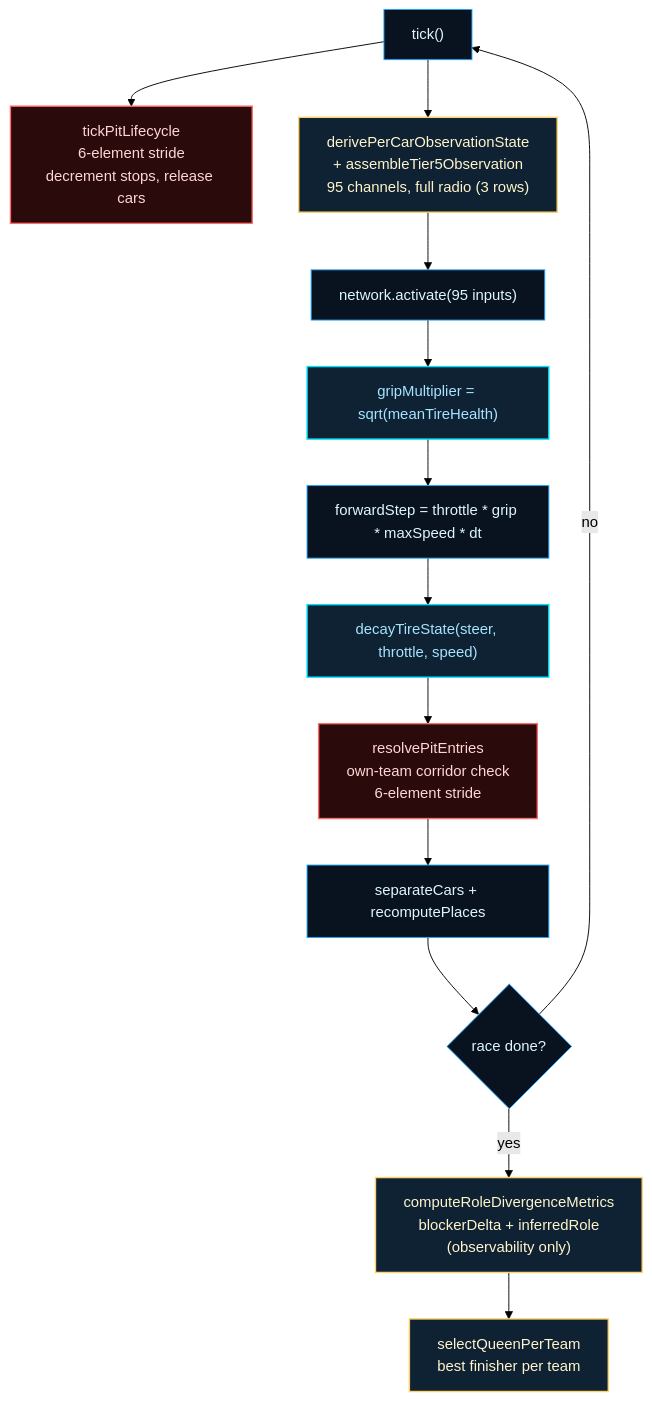
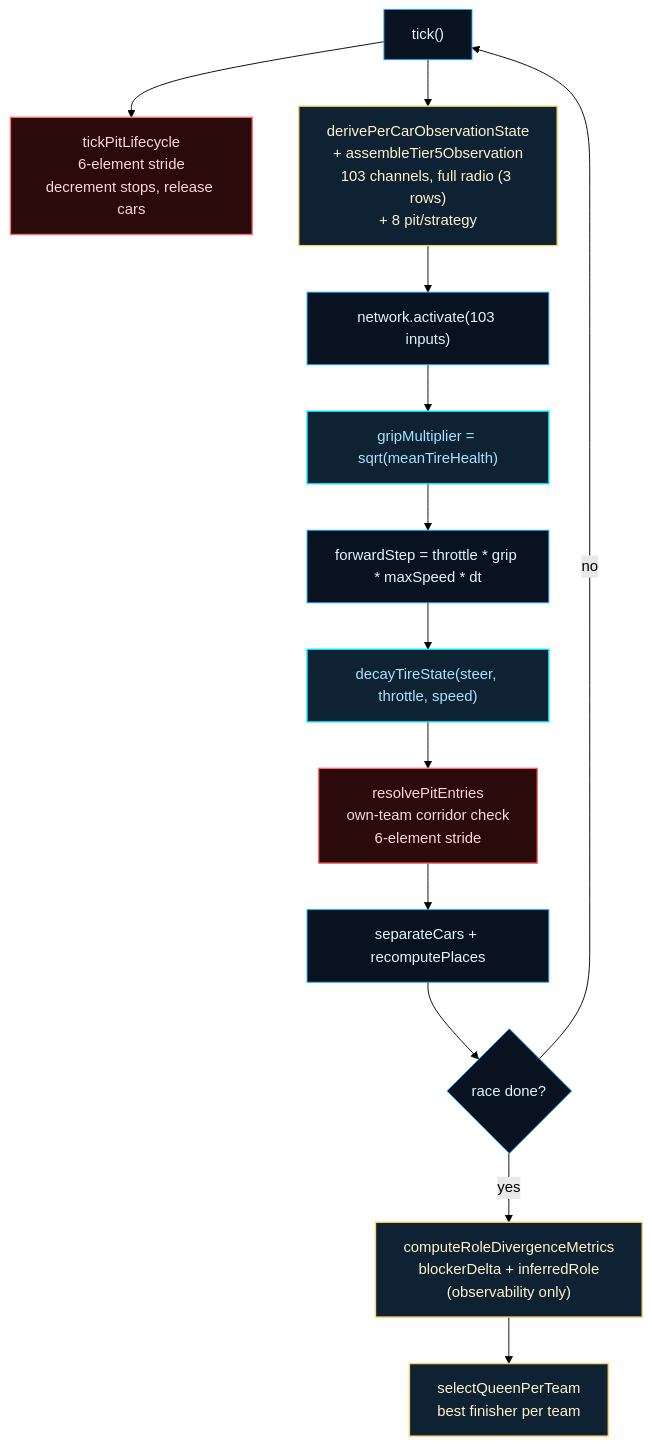
Before and after one commit to reicek/NeatapticTS: diagram 12 of 12 in examples/racing_curriculum/README.md, drawn with Mermaid (forest theme). The commit also changed other lines of this file and 232 other files, not shown here.

````diff
--- a/examples/racing_curriculum/README.md
+++ b/examples/racing_curriculum/README.md
@@ -1391,22 +1413,21 @@
 ```mermaid
 flowchart TD
     classDef base fill:#08131f,stroke:#1ea7ff,color:#dff6ff,stroke-width:1px;
     classDef accent fill:#0f2233,stroke:#ffd166,color:#fff4cc,stroke-width:1.5px;
     classDef tire fill:#0f2233,stroke:#00e5ff,color:#a6e4ff,stroke-width:1.5px;
     classDef pit fill:#2a0a0a,stroke:#ff6b6b,color:#ffd6d6,stroke-width:1.5px;
-    classDef role fill:#0f2233,stroke:#ffd166,color:#fff4cc,stroke-width:1.5px;
 
     Tick["tick()"]:::base
     Tick --> PitLife["tickPitLifecycle<br/>6-element stride<br/>decrement stops, release cars"]:::pit
-    Tick --> Obs["derivePerCarObservationState<br/>+ assembleTier5Observation<br/>95 channels, full radio (3 rows)"]:::accent
-    Obs --> Infer["network.activate(95 inputs)"]:::base
+    Tick --> Obs["derivePerCarObservationState<br/>+ assembleTier5Observation<br/>103 channels, full radio (3 rows)<br/>+ 8 pit/strategy"]:::accent
+    Obs --> Infer["network.activate(103 inputs)"]:::base
     Infer --> Grip["gripMultiplier = sqrt(meanTireHealth)"]:::tire
     Grip --> Move["forwardStep = throttle * grip * maxSpeed * dt"]:::base
     Move --> Decay["decayTireState(steer, throttle, speed)"]:::tire
     Decay --> PitEntry["resolvePitEntries<br/>own-team corridor check<br/>6-element stride"]:::pit
     PitEntry --> Separate["separateCars + recomputePlaces"]:::base
     Separate --> PostRace{"race done?"}:::base
-    PostRace -- yes --> Roles["computeRoleDivergenceMetrics<br/>blockerDelta + inferredRole<br/>(observability only)"]:::role
-    Roles --> Queen["selectQueenPerTeam<br/>best finisher per team"]:::role
+    PostRace -- yes --> Roles["computeRoleDivergenceMetrics<br/>blockerDelta + inferredRole<br/>(observability only)"]:::accent
+    Roles --> Queen["selectQueenPerTeam<br/>best finisher per team"]:::accent
     PostRace -- no --> Tick
 ```
````
